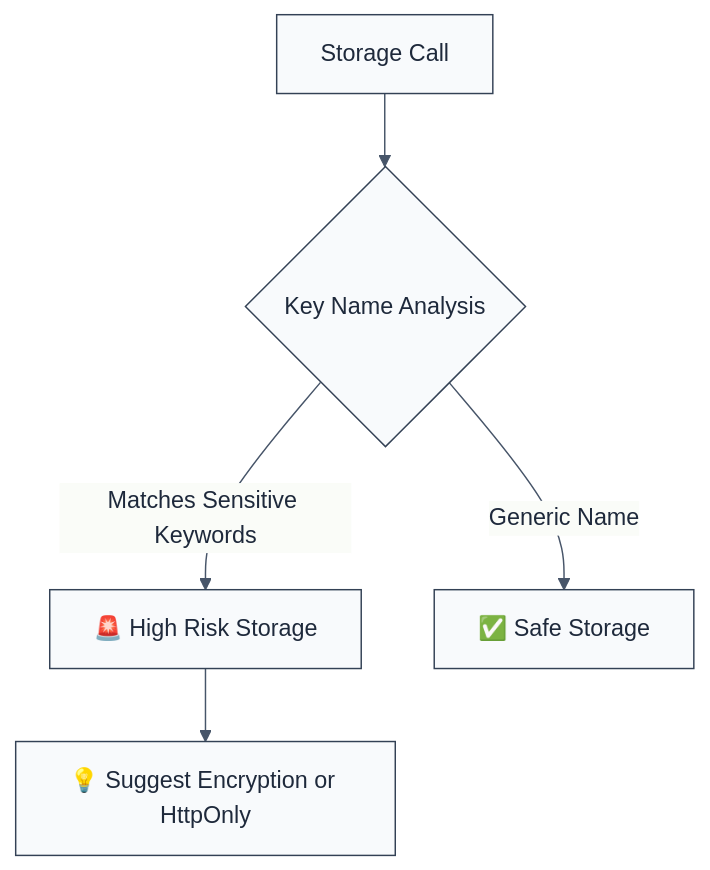
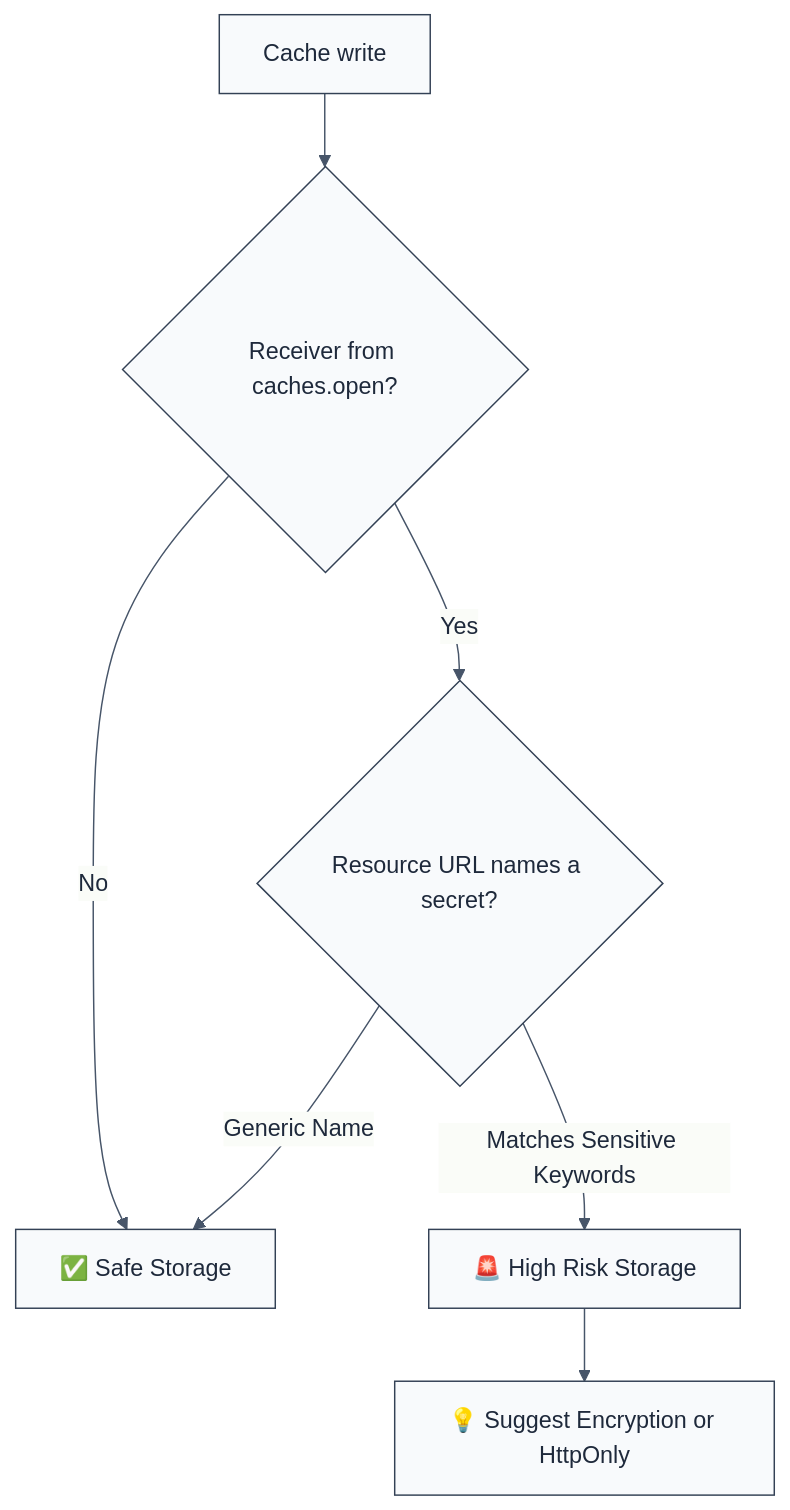
Before and after one commit to ofri-peretz/eslint: the diagram in packages/eslint-plugin-browser-security/docs/rules/no-sensitive-data-in-cache.md, drawn with Mermaid. The commit also changed other lines of this file and 883 other files, not shown here.

````diff
--- a/packages/eslint-plugin-browser-security/docs/rules/no-sensitive-data-in-cache.md
+++ b/packages/eslint-plugin-browser-security/docs/rules/no-sensitive-data-in-cache.md
@@ -62,20 +64,22 @@
 ```mermaid
 %%{init: {
   'theme': 'base',
   'themeVariables': {
     'primaryColor': '#f8fafc',
     'primaryTextColor': '#1e293b',
     'primaryBorderColor': '#334155',
     'lineColor': '#475569',
     'c0': '#f8fafc',
     'c1': '#f1f5f9',
     'c2': '#e2e8f0',
     'c3': '#cbd5e1'
   }
 }}%%
 flowchart TD
-    A[Storage Call] --> B{Key Name Analysis}
+    A[Cache write] --> P{Receiver from caches.open?}
+    P -->|No| D
+    P -->|Yes| B{Resource URL names a secret?}
     B -->|Matches Sensitive Keywords| C[🚨 High Risk Storage]
     B -->|Generic Name| D[✅ Safe Storage]
     C --> E[💡 Suggest Encryption or HttpOnly]
 ```
````
